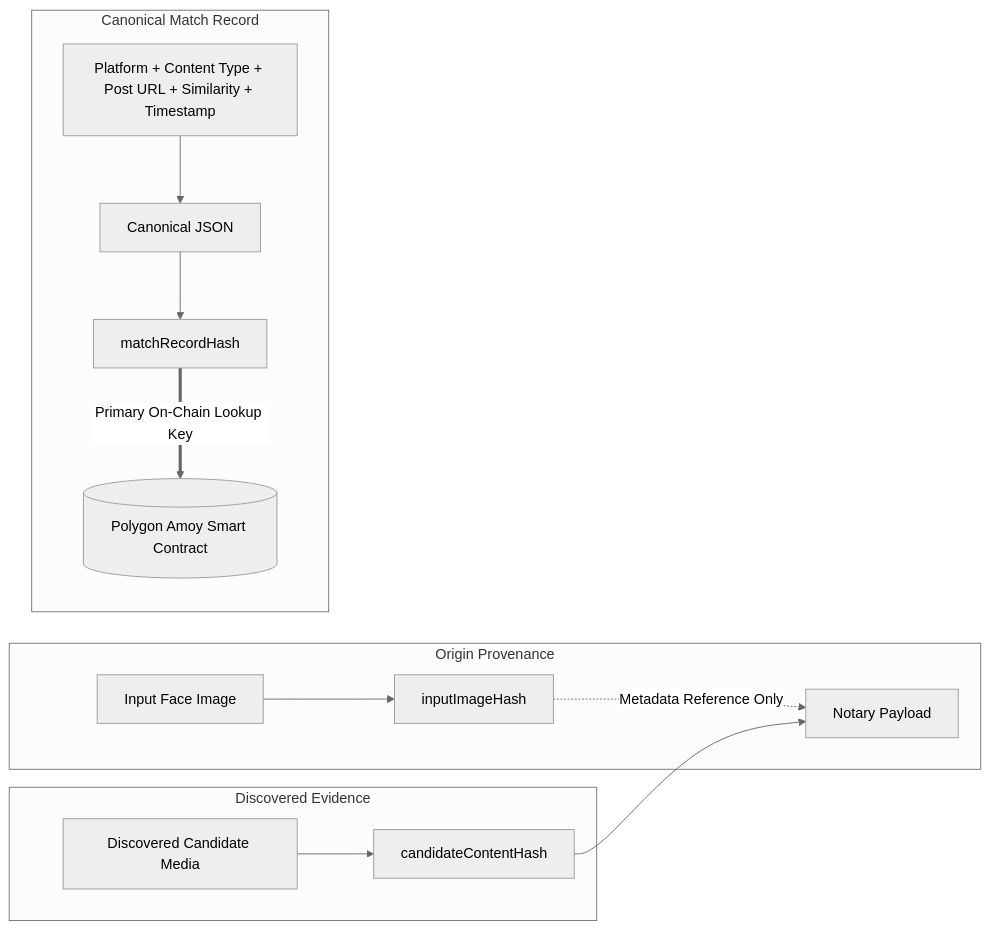
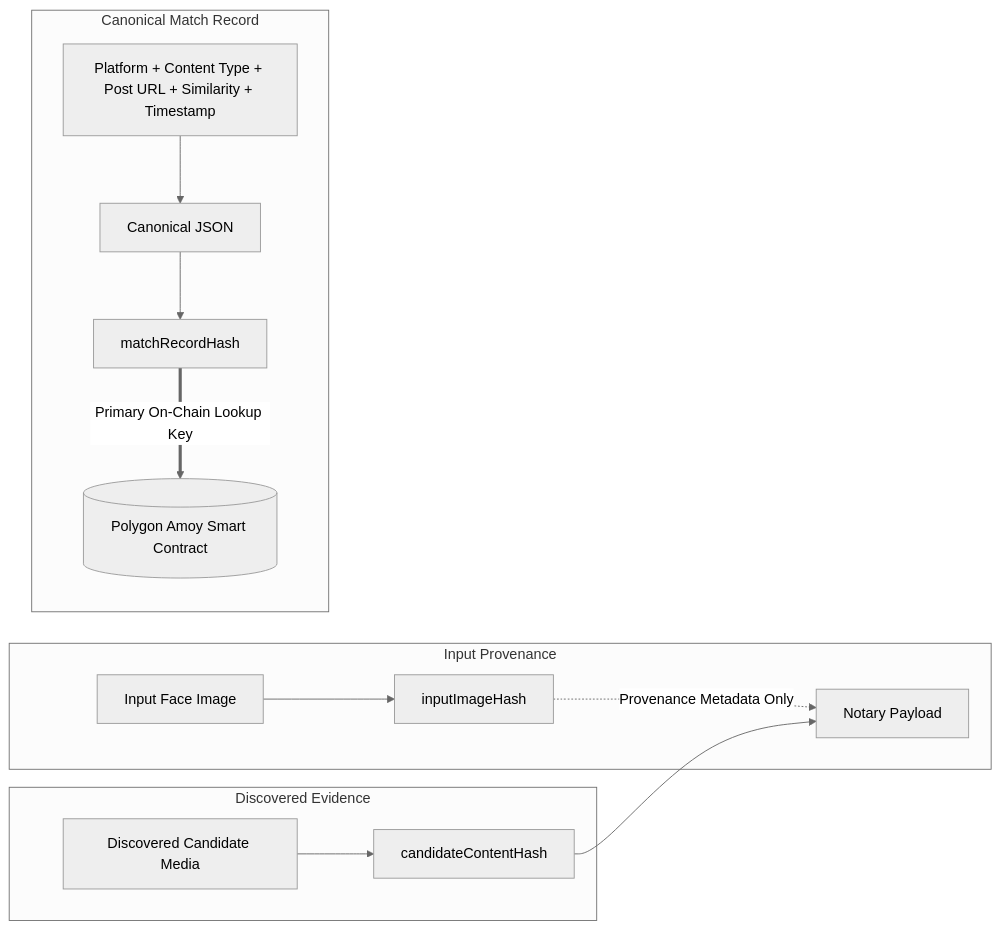
Before and after one commit to theanshukr/Facemap: the second of 3 diagrams in README.md, drawn with Mermaid (neutral theme). The commit also changed other lines of this file, not shown here.

````diff
--- a/README.md
+++ b/README.md
@@ -33,18 +40,18 @@
 ```mermaid
 graph LR
-    subgraph Origin Provenance
+    subgraph Input Provenance
         A1[Input Face Image] --> A2[inputImageHash]
-        A2 -.->|Metadata Reference Only| M[Notary Payload]
+        A2 -.->|Provenance Metadata Only| M[Notary Payload]
     end
 
     subgraph Discovered Evidence
         B1[Discovered Candidate Media] --> B2[candidateContentHash]
         B2 --> M
     end
 
     subgraph Canonical Match Record
         C1[Platform + Content Type + Post URL + Similarity + Timestamp] --> C2[Canonical JSON]
         C2 --> C3[matchRecordHash]
         C3 ==>|Primary On-Chain Lookup Key| BC[(Polygon Amoy Smart Contract)]
     end
 ```
````
